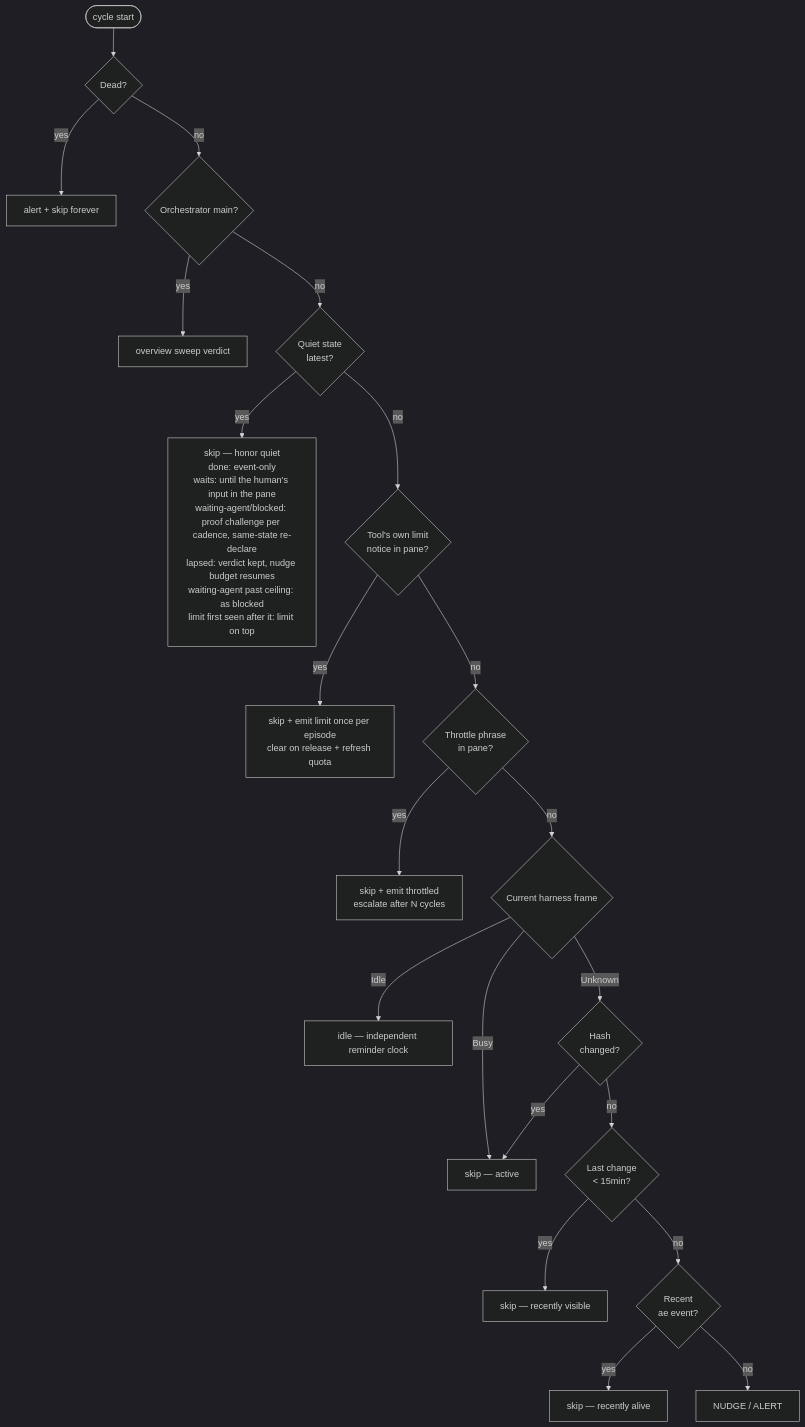
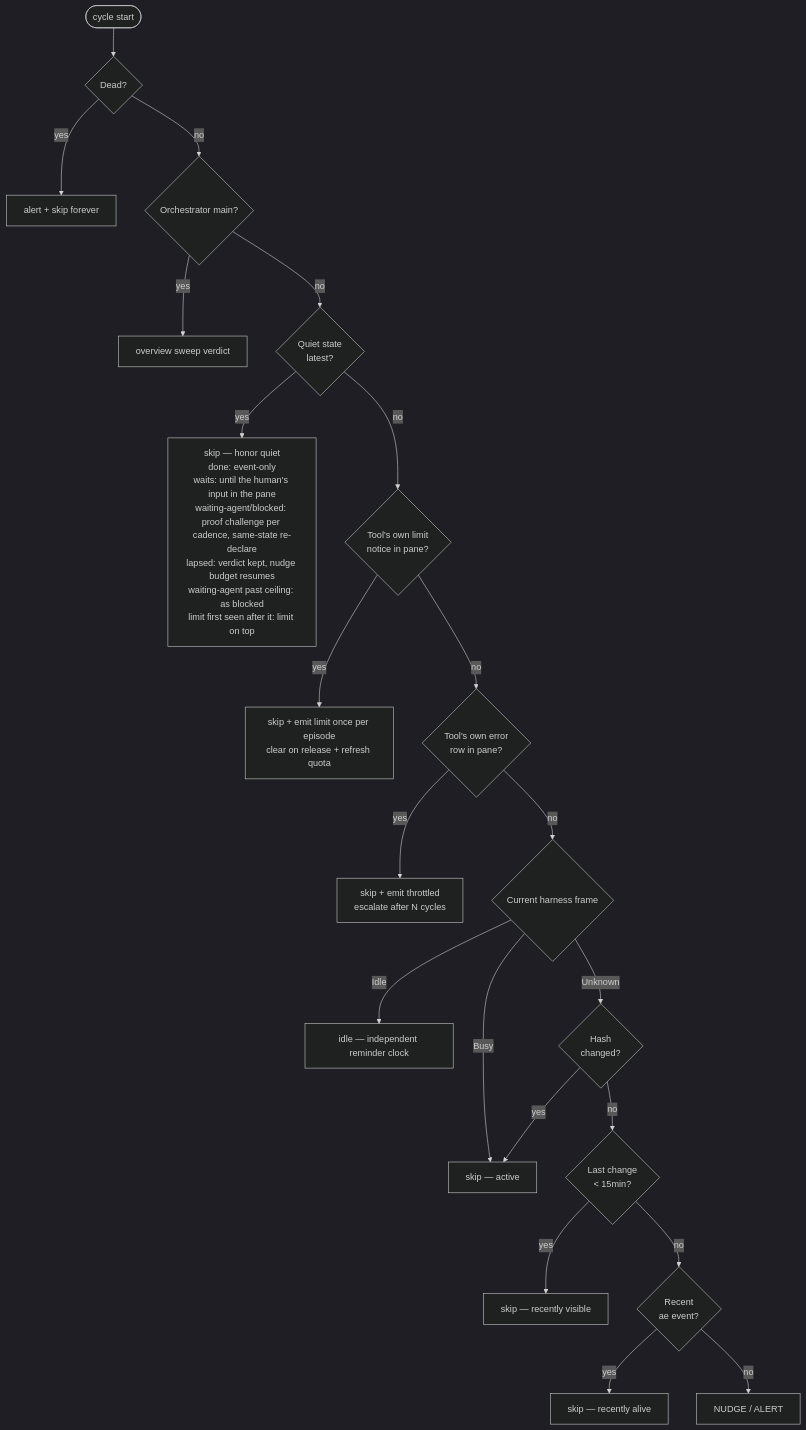
Before and after one commit to clemens33/ae: the first of 2 diagrams in docs/internals/watchdog.md, drawn with Mermaid (dark theme). The commit also changed other lines of this file and 1 other file, not shown here.

Commit message:
Document the transient throttle's own-row rule (#193)

````diff
--- a/docs/internals/watchdog.md
+++ b/docs/internals/watchdog.md
@@ -297,23 +297,23 @@
 ```mermaid
 flowchart TD
     Start([cycle start]) --> Dead{Dead?}
     Dead -- yes --> AlertDead[alert + skip forever]
     Dead -- no --> Meta{Orchestrator main?}
     Meta -- yes --> Sweep[overview sweep verdict]
     Meta -- no --> Done{Quiet state<br/>latest?}
     Done -- yes --> SkipDone[skip — honor quiet<br/>done: event-only<br/>waits: until the human's input in the pane<br/>waiting-agent/blocked: proof challenge per cadence, same-state re-declare<br/>lapsed: verdict kept, nudge budget resumes<br/>waiting-agent past ceiling: as blocked<br/>limit first seen after it: limit on top]
     Done -- no --> Limit{Tool's own limit<br/>notice in pane?}
     Limit -- yes --> SkipLimit[skip + emit limit once per episode<br/>clear on release + refresh quota]
-    Limit -- no --> Throttled{Throttle phrase<br/>in pane?}
+    Limit -- no --> Throttled{Tool's own error<br/>row in pane?}
     Throttled -- yes --> SkipThrottle[skip + emit throttled<br/>escalate after N cycles]
     Throttled -- no --> Frame{Current harness frame}
     Frame -- Busy --> MarkActive[working — clear stale alert]
     Frame -- Idle --> MarkIdle[idle — independent reminder clock]
     Frame -- Unknown --> Active{Hash<br/>changed?}
     Active -- yes --> MarkActive[skip — active]
     Active -- no --> RecentVis{Last change<br/>&lt; 15min?}
     RecentVis -- yes --> SkipVis[skip — recently visible]
     RecentVis -- no --> RecentAlive{Recent<br/>ae event?}
     RecentAlive -- yes --> SkipAlive[skip — recently alive]
     RecentAlive -- no --> Stale[NUDGE / ALERT]
 ```
````
